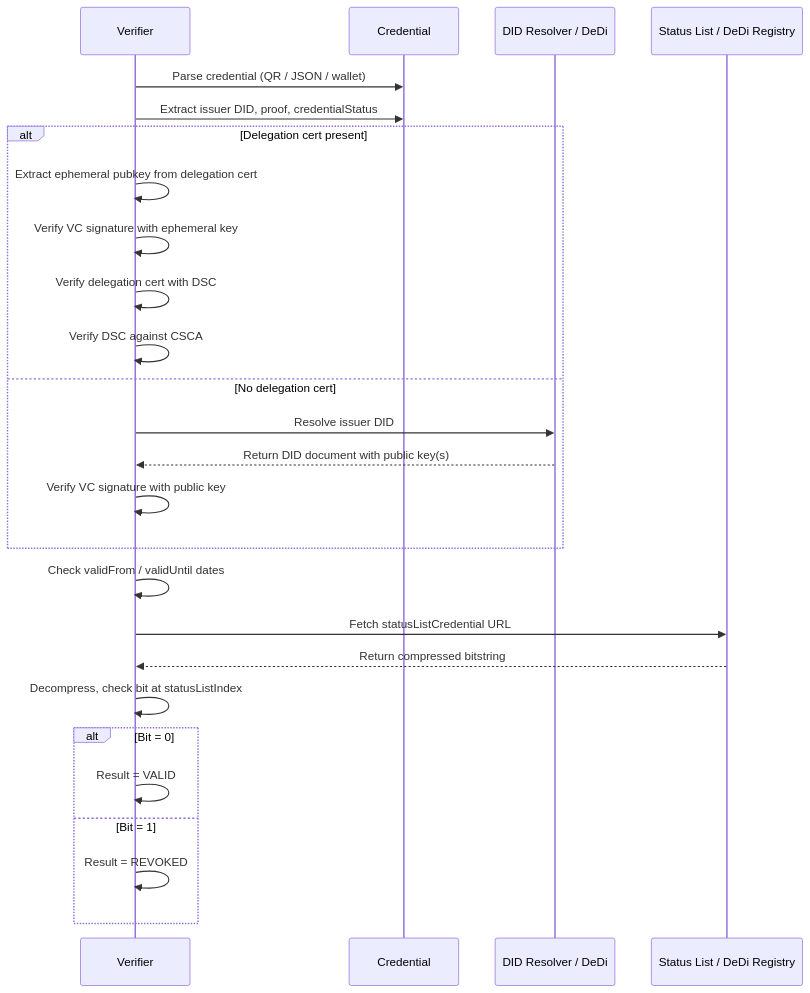
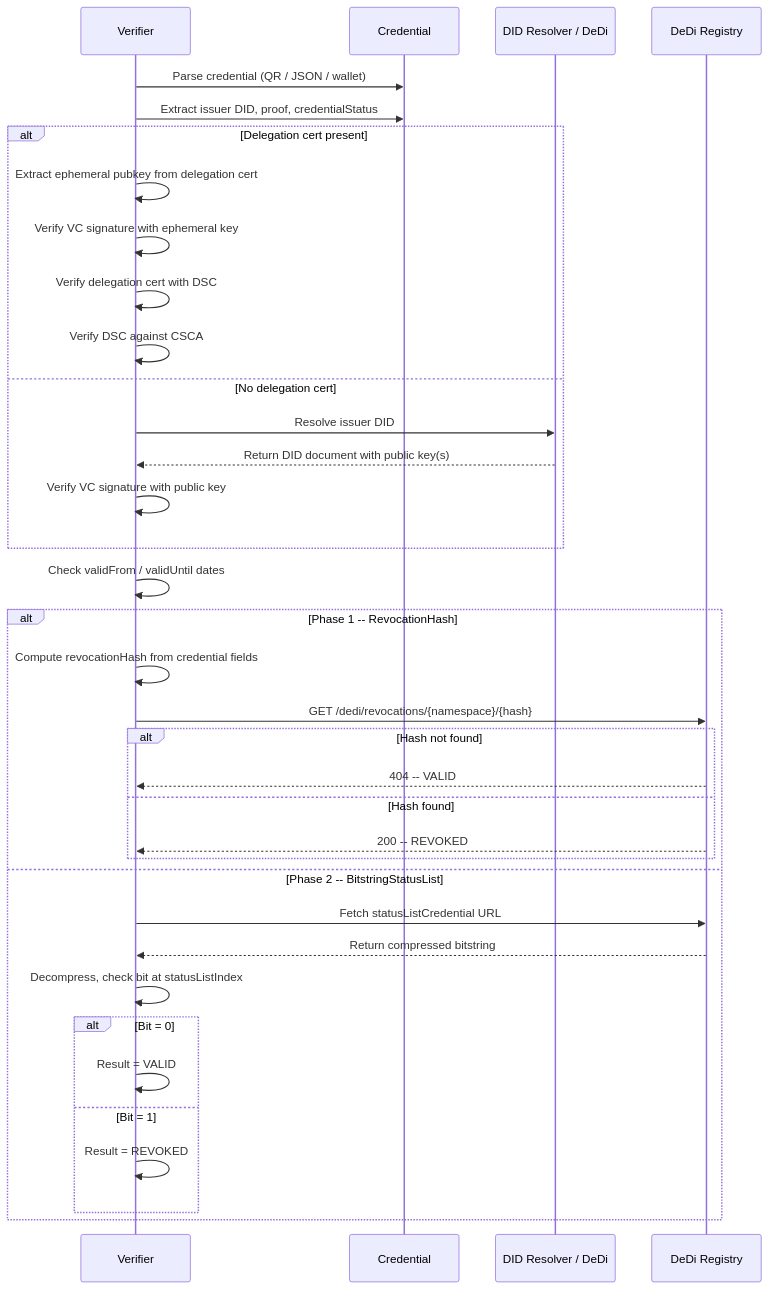
One commit to nfh-trust-labs/opencred changed the ninth of 9 diagrams in OpenCred_PRD.md. Above: the diagram before and after it, drawn with Mermaid. The commit also changed other lines of this file, not shown here.

Commit message:
Fixes related to revocation check and key management

````diff
--- a/OpenCred_PRD.md
+++ b/OpenCred_PRD.md
@@ -706,33 +721,42 @@
 ```mermaid
 sequenceDiagram
     participant Verifier
     participant Credential
     participant DIDResolver as DID Resolver / DeDi
-    participant StatusList as Status List / DeDi Registry
+    participant DeDiRegistry as DeDi Registry
 
     Verifier->>Credential: Parse credential (QR / JSON / wallet)
     Verifier->>Credential: Extract issuer DID, proof, credentialStatus
 
     alt Delegation cert present
         Verifier->>Verifier: Extract ephemeral pubkey from delegation cert
         Verifier->>Verifier: Verify VC signature with ephemeral key
         Verifier->>Verifier: Verify delegation cert with DSC
         Verifier->>Verifier: Verify DSC against CSCA
     else No delegation cert
         Verifier->>DIDResolver: Resolve issuer DID
         DIDResolver-->>Verifier: Return DID document with public key(s)
         Verifier->>Verifier: Verify VC signature with public key
     end
 
     Verifier->>Verifier: Check validFrom / validUntil dates
 
-    Verifier->>StatusList: Fetch statusListCredential URL
-    StatusList-->>Verifier: Return compressed bitstring
-    Verifier->>Verifier: Decompress, check bit at statusListIndex
-
-    alt Bit = 0
-        Verifier->>Verifier: Result = VALID
-    else Bit = 1
-        Verifier->>Verifier: Result = REVOKED
+    alt Phase 1 -- RevocationHash
+        Verifier->>Verifier: Compute revocationHash from credential fields
+        Verifier->>DeDiRegistry: GET /dedi/revocations/{namespace}/{hash}
+        alt Hash not found
+            DeDiRegistry-->>Verifier: 404 -- VALID
+        else Hash found
+            DeDiRegistry-->>Verifier: 200 -- REVOKED
+        end
+    else Phase 2 -- BitstringStatusList
+        Verifier->>DeDiRegistry: Fetch statusListCredential URL
+        DeDiRegistry-->>Verifier: Return compressed bitstring
+        Verifier->>Verifier: Decompress, check bit at statusListIndex
+        alt Bit = 0
+            Verifier->>Verifier: Result = VALID
+        else Bit = 1
+            Verifier->>Verifier: Result = REVOKED
+        end
     end
 ```
````
